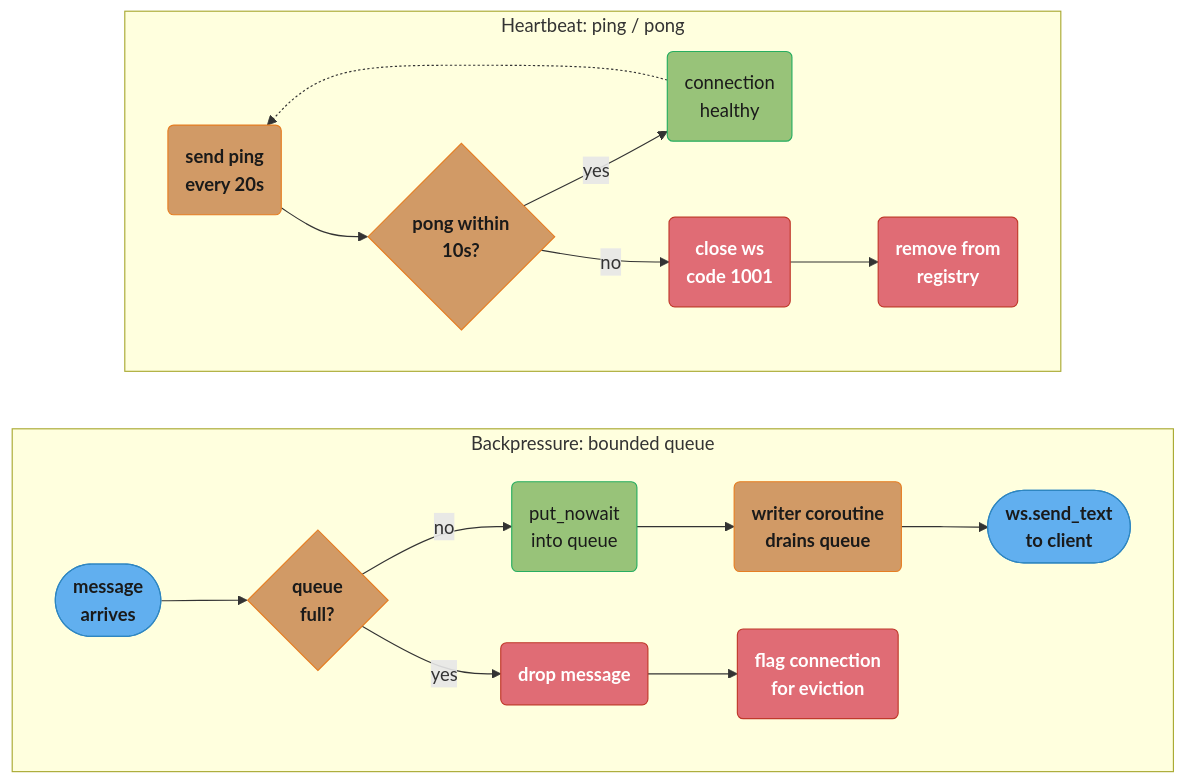
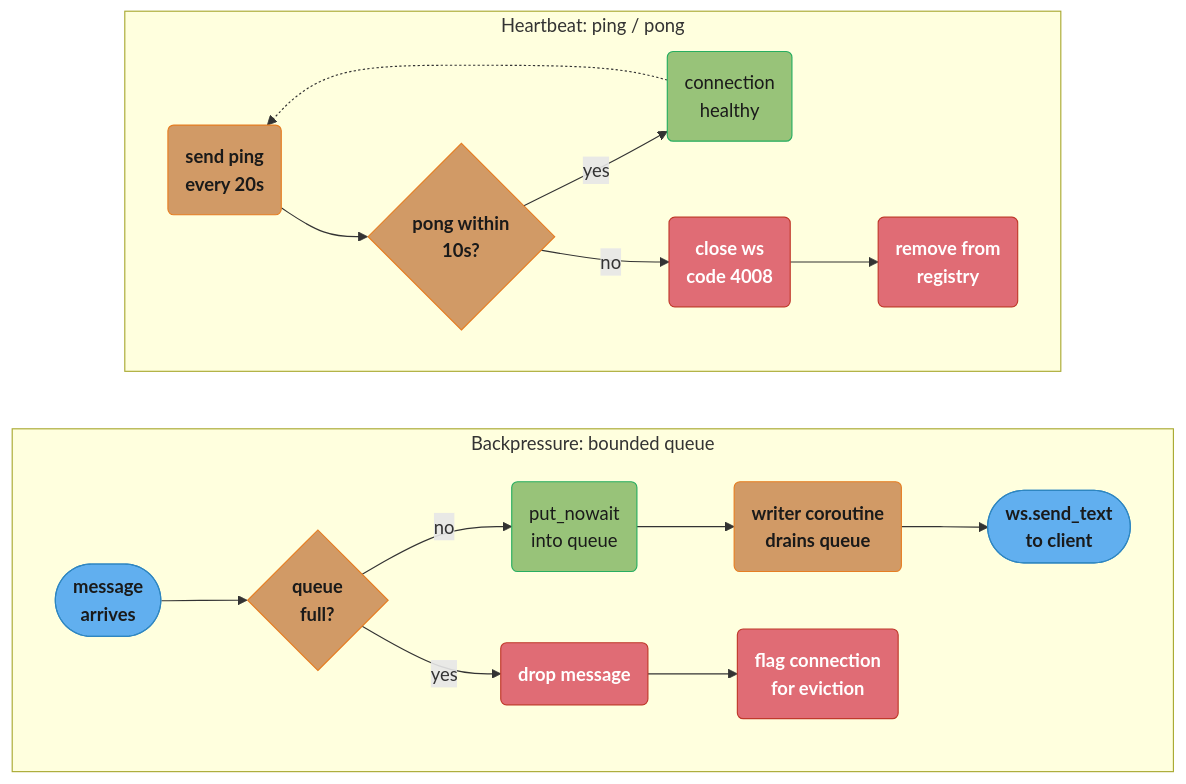
One commit to rppol/system-design changed the fourth of 4 diagrams in src/main/java/com/rutik/systemdesign/fastapi/case_studies/design_realtime_chat_fastapi.md. Above: the diagram before and after it, drawn with Mermaid. The commit also changed other lines of this file and 7 other files, not shown here.

````diff
--- a/src/main/java/com/rutik/systemdesign/fastapi/case_studies/design_realtime_chat_fastapi.md
+++ b/src/main/java/com/rutik/systemdesign/fastapi/case_studies/design_realtime_chat_fastapi.md
@@ -155,42 +155,42 @@
 ```mermaid
 flowchart LR
     classDef io      fill:#61afef,stroke:#2e86c1,color:#1a1a1a,font-weight:bold
     classDef frozen  fill:#c678dd,stroke:#9b59b6,color:#fff
     classDef train   fill:#98c379,stroke:#27ae60,color:#1a1a1a
     classDef mathOp  fill:#d19a66,stroke:#e67e22,color:#1a1a1a,font-weight:bold
     classDef lossN   fill:#e06c75,stroke:#c0392b,color:#fff,font-weight:bold
     classDef req     fill:#56b6c2,stroke:#0097a7,color:#1a1a1a
     classDef base    fill:#e5c07b,stroke:#f39c12,color:#1a1a1a
 
     subgraph BP["Backpressure: bounded queue"]
         direction LR
         msg(["message<br/>arrives"]) --> qfull{"queue<br/>full?"}
         qfull -->|"no"| enqueue("put_nowait<br/>into queue")
         enqueue --> writer("writer coroutine<br/>drains queue")
         writer --> send(["ws.send_text<br/>to client"])
         qfull -->|"yes"| drop("drop message")
         drop --> evict("flag connection<br/>for eviction")
     end
 
     subgraph HB["Heartbeat: ping / pong"]
         direction LR
         ping("send ping<br/>every 20s") --> pwait{"pong within<br/>10s?"}
         pwait -->|"yes"| healthy("connection<br/>healthy")
         healthy -.-> ping
-        pwait -->|"no"| close("close ws<br/>code 1001")
+        pwait -->|"no"| close("close ws<br/>code 4008")
         close --> remove("remove from<br/>registry")
     end
 
     class msg io
     class qfull mathOp
     class enqueue train
     class writer mathOp
     class send io
     class drop lossN
     class evict lossN
     class ping mathOp
     class pwait mathOp
     class healthy train
     class close lossN
     class remove lossN
 ```
````
